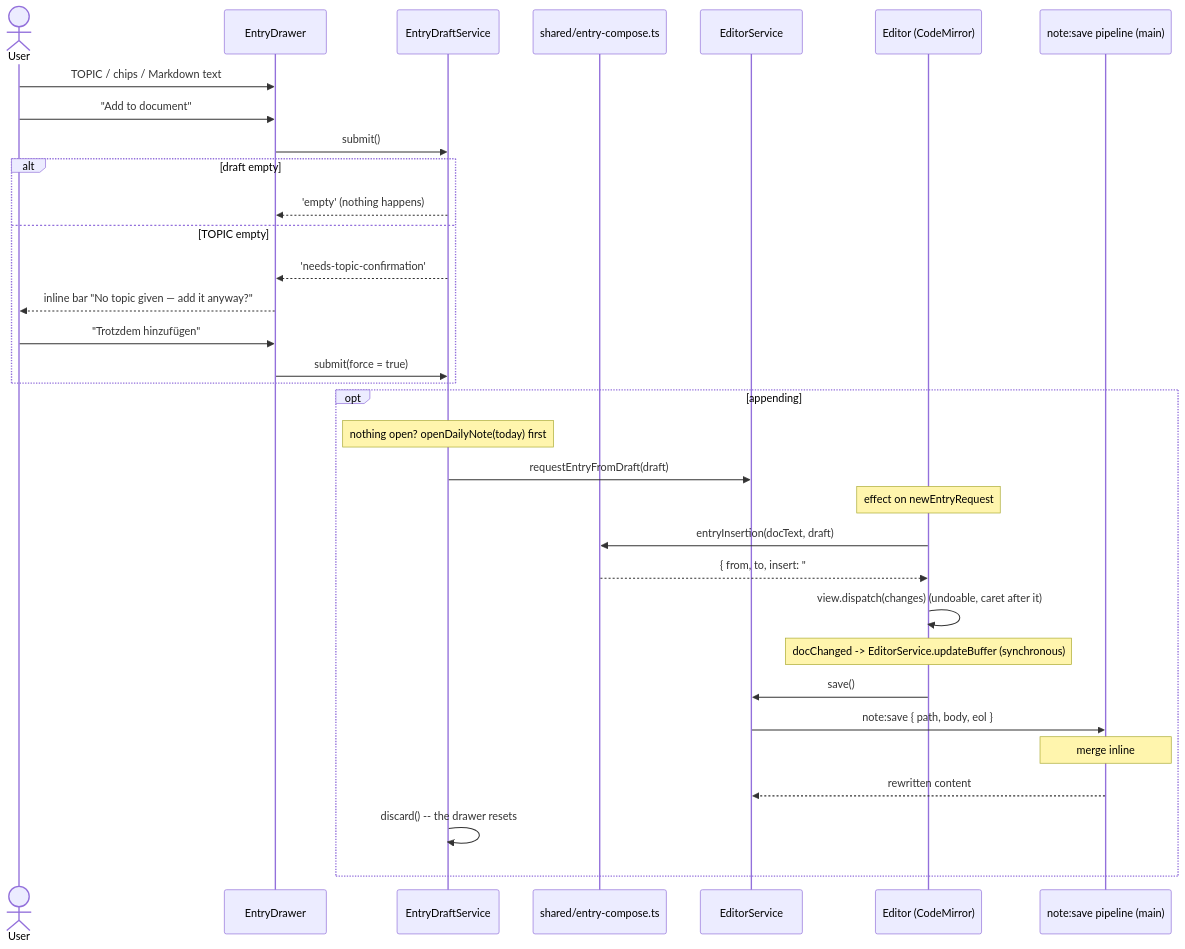
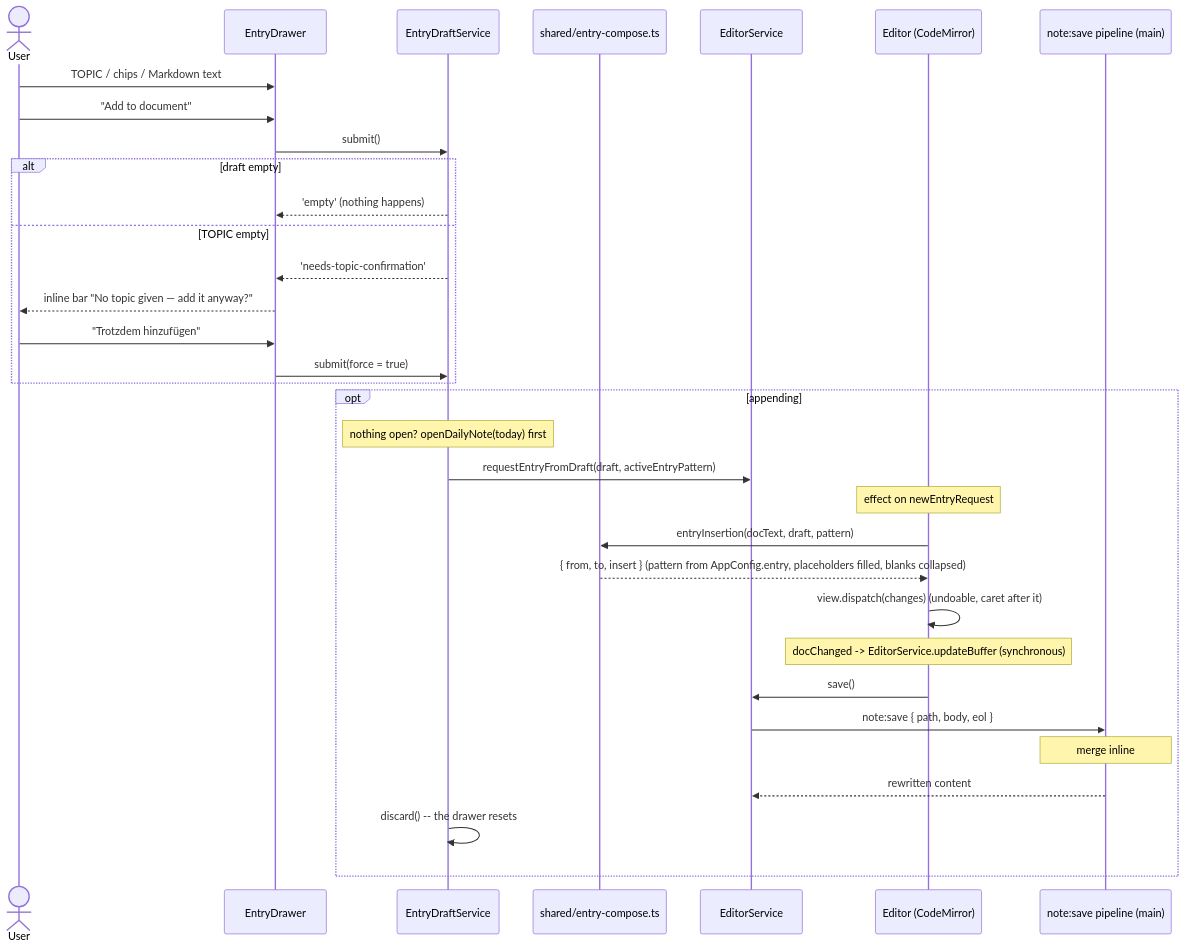
The ninth of 16 diagrams in docs/06_runtime_view.md (HenrikPuls/Drey), drawn with Mermaid before and after one commit. The commit also changed 22 other files, not shown here.

````diff
--- a/docs/06_runtime_view.md
+++ b/docs/06_runtime_view.md
@@ -509,36 +509,36 @@
 ```mermaid
 sequenceDiagram
     actor User
     participant Drawer as EntryDrawer
     participant Draft as EntryDraftService
     participant Pure as shared/entry-compose.ts
     participant EditorService
     participant Editor as Editor (CodeMirror)
     participant Save as note:save pipeline (main)
 
     User->>Drawer: TOPIC / chips / Markdown text
     User->>Drawer: "Add to document"
     Drawer->>Draft: submit()
     alt draft empty
         Draft-->>Drawer: 'empty' (nothing happens)
     else TOPIC empty
         Draft-->>Drawer: 'needs-topic-confirmation'
         Drawer-->>User: inline bar "No topic given — add it anyway?"
         User->>Drawer: "Trotzdem hinzufügen"
         Drawer->>Draft: submit(force = true)
     end
     opt appending
         Note over Draft: nothing open? openDailyNote(today) first
-        Draft->>EditorService: requestEntryFromDraft(draft)
+        Draft->>EditorService: requestEntryFromDraft(draft, activeEntryPattern)
         Note over Editor: effect on newEntryRequest
-        Editor->>Pure: entryInsertion(docText, draft)
-        Pure-->>Editor: { from, to, insert: "## HH:mm — Thema\ntext\n#tag · [[Person]]" }
+        Editor->>Pure: entryInsertion(docText, draft, pattern)
+        Pure-->>Editor: { from, to, insert }  (pattern from AppConfig.entry, placeholders filled, blanks collapsed)
         Editor->>Editor: view.dispatch(changes)  (undoable, caret after it)
         Note over Editor: docChanged -> EditorService.updateBuffer (synchronous)
         Editor->>EditorService: save()
         EditorService->>Save: note:save { path, body, eol }
         Note over Save: merge inline #tags -> frontmatter, bump updated:,<br/>route the new entry into its topic's master ## History (§6.5)
         Save-->>EditorService: rewritten content
         Draft->>Draft: discard() -- the drawer resets
     end
 ```
````
